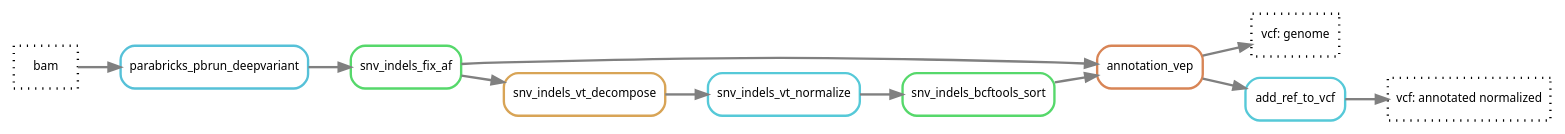
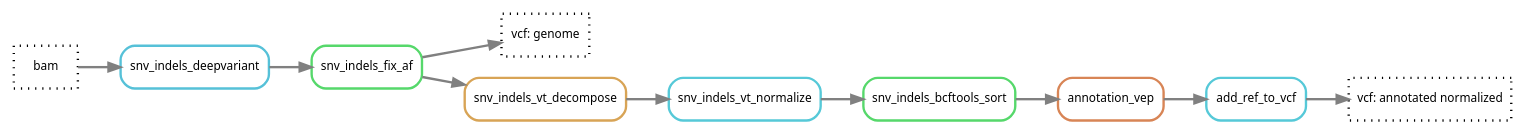
Before and after one commit to clinical-genomics-uppsala/marple_rd_tc: the diagram in docs/includes/images/snv_indels.dot, drawn with Graphviz. The commit also changed 12 other files, not shown here.

```diff
--- a/docs/includes/images/snv_indels.dot
+++ b/docs/includes/images/snv_indels.dot
@@ -1,27 +1,26 @@
 digraph snakemake_dag {
 	rankdir=LR;
     graph[bgcolor=white, margin=0];
     node[shape=box, style=rounded, fontname=sans,                 fontsize=10, penwidth=2];
     edge[penwidth=2, color=grey];
-	0[label = "bam", color = "0.0 0.0 0.0", style="dotted"];
-	1[label = "vcf: annotated normalized", color = "0.0 0.0 0.0", style="dotted"];
-	2[label = "vcf: genome", color = "0.0 0.0 0.0", style="dotted"];
-	3[label = "annotation_vep", color = "0.06 0.6 0.85", style="rounded"];
+	bam[label = "bam", color = "0.0 0.0 0.0", style="dotted"];
+	vcf[label = "vcf: annotated normalized", color = "0.0 0.0 0.0", style="dotted"];
+	gvcf[label = "vcf: genome", color = "0.0 0.0 0.0", style="dotted"];
+	vep[label = "annotation_vep", color = "0.06 0.6 0.85", style="rounded"];
 	4[label = "add_ref_to_vcf", color = "0.52 0.6 0.85", style="rounded"];
 	5[label = "snv_indels_bcftools_sort", color = "0.36 0.6 0.85", style="rounded"];
 	6[label = "snv_indels_vt_normalize", color = "0.52 0.6 0.85", style="rounded"];
 	7[label = "snv_indels_vt_decompose", color = "0.10 0.6 0.85", style="rounded"];
-	8[label = "snv_indels_fix_af", color = "0.36 0.6 0.85", style="rounded"];
-	9[label = "parabricks_pbrun_deepvariant", color = "0.53 0.6 0.85", style="rounded"];
+	fix_af[label = "snv_indels_fix_af", color = "0.36 0.6 0.85", style="rounded"];
+	deepvariant[label = "snv_indels_deepvariant", color = "0.53 0.6 0.85", style="rounded"];
 	
-	0 -> 9
-	8 -> 7
+	bam -> deepvariant
+	fix_af -> 7
 	7 -> 6
 	6 -> 5
-	5 -> 3
-	3 -> 4
-	4 -> 1
-	9 -> 8
-	8 -> 3
-	3 -> 2
+	5 -> vep
+	vep -> 4
+	4 -> vcf
+	deepvariant -> fix_af
+	fix_af -> gvcf
 }            
```
